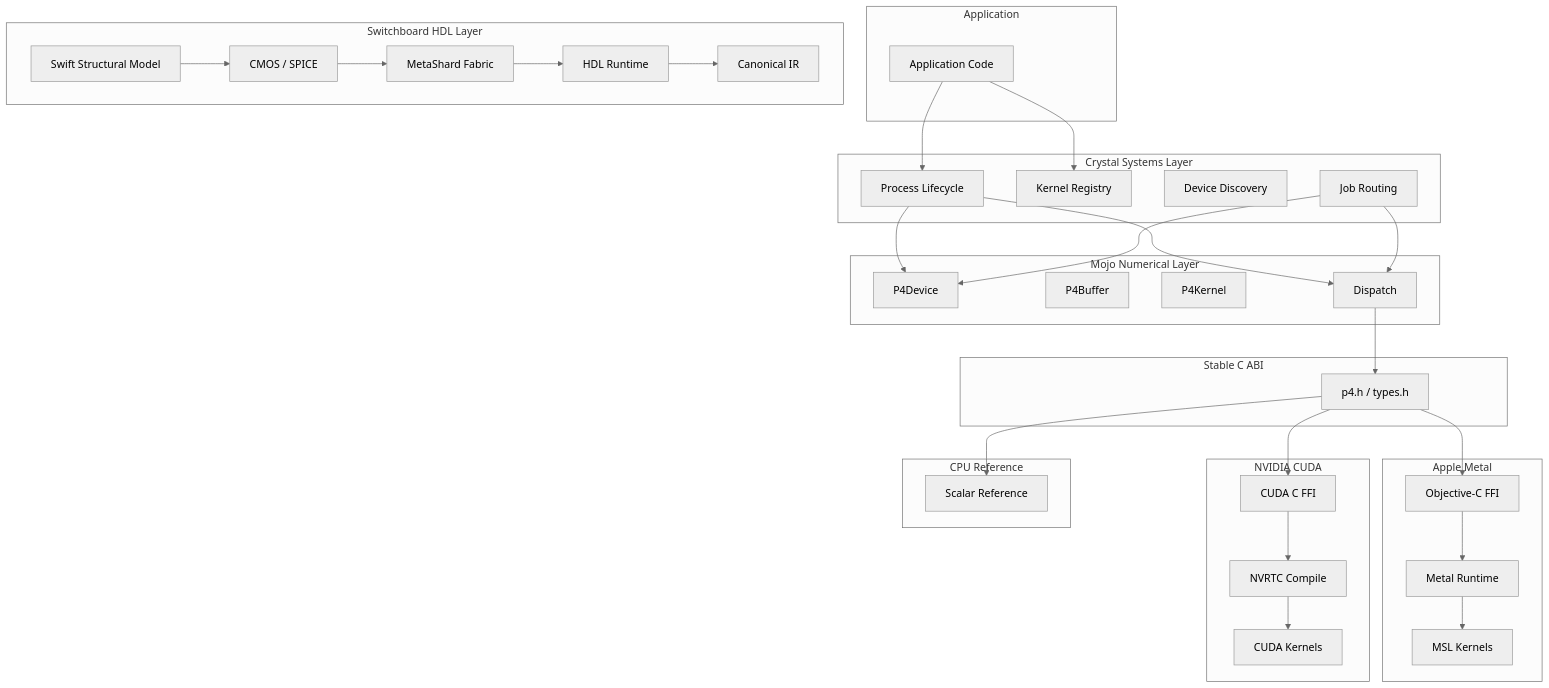
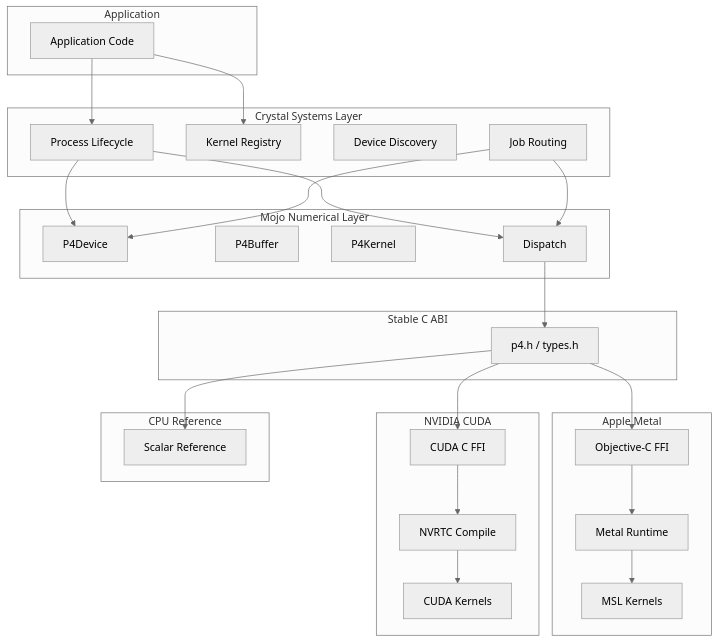
The first of 15 diagrams in README.md (SNAPKITTYWEST/p4), drawn with Mermaid (neutral theme) before and after one commit. The commit also changed other lines of this file, not shown here.

First line of the commit message:
docs: fix README — unify GPU stack and Switchboard into one coherent document

````diff
--- a/README.md
+++ b/README.md
@@ -62,58 +62,49 @@
 ```mermaid
 flowchart TD
     subgraph Application
         APP[Application Code]
     end
 
     subgraph "Crystal Systems Layer"
         CR1[Process Lifecycle]
         CR2[Kernel Registry]
         CR3[Device Discovery]
         CR4[Job Routing]
     end
 
     subgraph "Mojo Numerical Layer"
         MJ1[P4Device]
         MJ2[P4Buffer]
         MJ3[P4Kernel]
         MJ4[Dispatch]
     end
 
     subgraph "Stable C ABI"
         ABI[p4.h / types.h]
     end
 
     subgraph "Apple Metal"
         AM1[Objective-C FFI]
         AM2[Metal Runtime]
         AM3[MSL Kernels]
     end
 
     subgraph "NVIDIA CUDA"
         NC1[CUDA C FFI]
         NC2[NVRTC Compile]
         NC3[CUDA Kernels]
     end
 
     subgraph "CPU Reference"
         REF[Scalar Reference]
     end
 
-    subgraph "Switchboard HDL Layer"
-        SW1[Swift Structural Model]
-        SW2[CMOS / SPICE]
-        SW3[MetaShard Fabric]
-        SW4[HDL Runtime]
-        SW5[Canonical IR]
-    end
-
     APP --> CR1 & CR2
     CR1 & CR4 --> MJ1 & MJ4
     MJ4 --> ABI
     ABI --> AM1
     ABI --> NC1
     ABI --> REF
     AM1 --> AM2 --> AM3
     NC1 --> NC2 --> NC3
-    SW1 --> SW2 --> SW3 --> SW4 --> SW5
 ```
````
